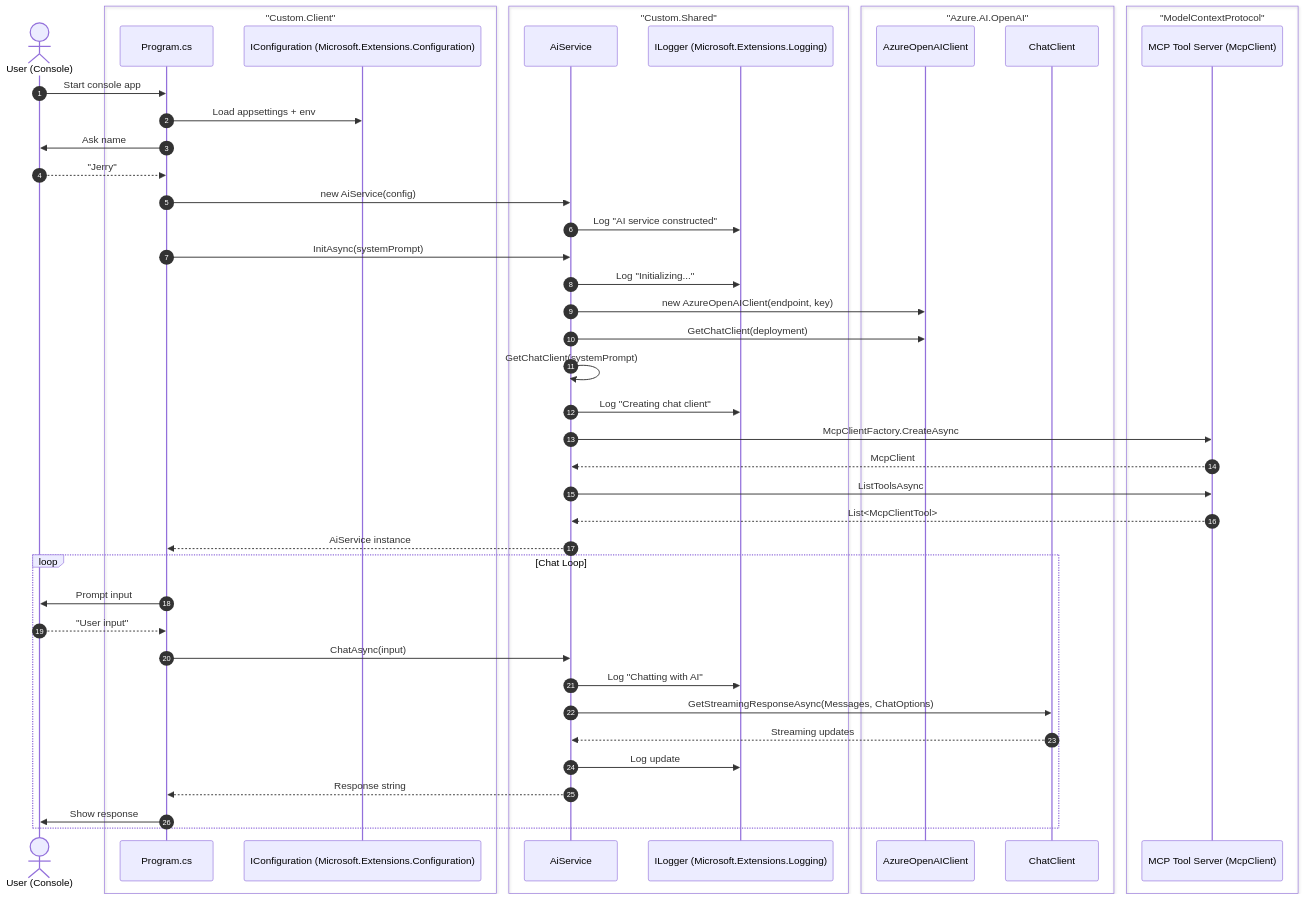
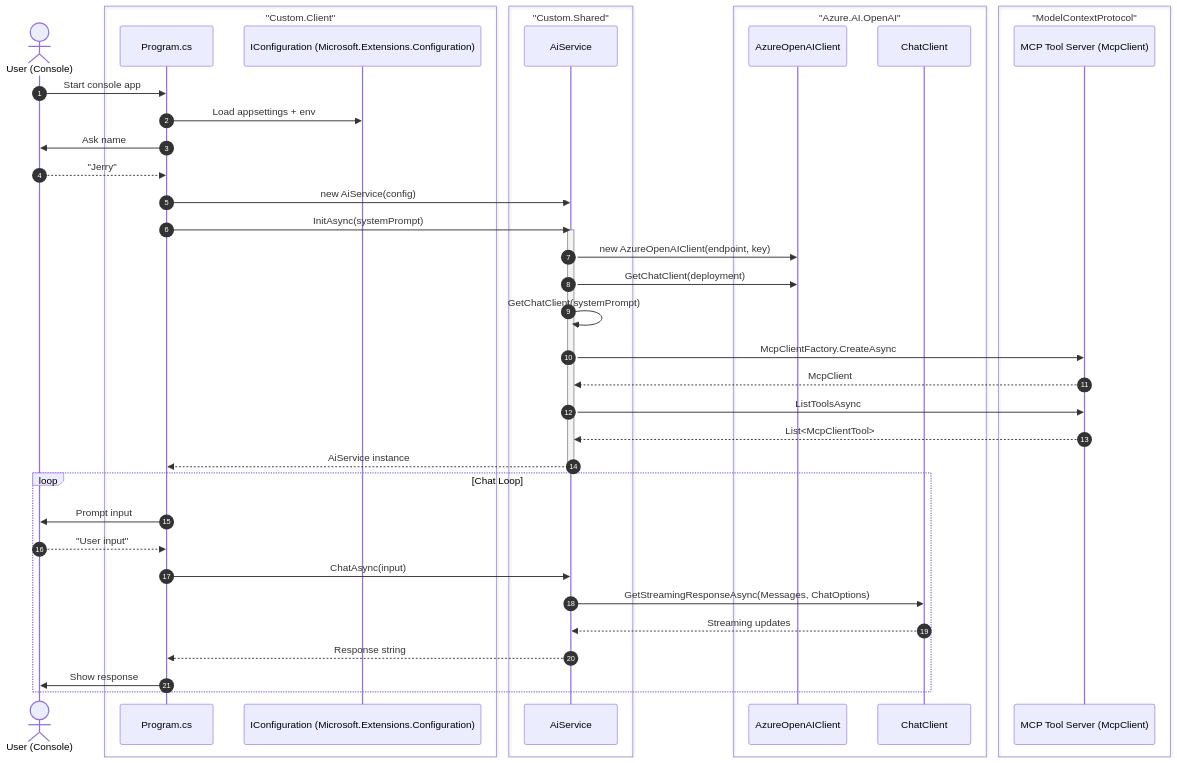
The diagram in README.md (JerryNixon/BUILD-DEMO-DAB-MCP-SQL), drawn with Mermaid before and after one commit.

````diff
--- a/README.md
+++ b/README.md
@@ -5,57 +5,52 @@
 ```mermaid
 sequenceDiagram
     autonumber
     actor U as User (Console)
     
     box "Custom.Client"
         participant Main as Program.cs
         participant Cfg as IConfiguration (Microsoft.Extensions.Configuration)
     end
 
     box "Custom.Shared"
         participant AI as AiService
-        participant Logger as ILogger (Microsoft.Extensions.Logging)
     end
 
     box "Azure.AI.OpenAI"
         participant O as AzureOpenAIClient
         participant Chat as ChatClient
     end
 
     box "ModelContextProtocol"
         participant Tools as MCP Tool Server (McpClient)
     end
 
     U->>Main: Start console app
     Main->>Cfg: Load appsettings + env
     Main->>U: Ask name
     U-->>Main: "Jerry"
 
     Main->>AI: new AiService(config)
-    AI->>Logger: Log "AI service constructed"
 
     Main->>AI: InitAsync(systemPrompt)
-    AI->>Logger: Log "Initializing..."
+    activate AI
     AI->>O: new AzureOpenAIClient(endpoint, key)
     AI->>O: GetChatClient(deployment)
     AI->>AI: GetChatClient(systemPrompt)
-    AI->>Logger: Log "Creating chat client"
     AI->>Tools: McpClientFactory.CreateAsync
     Tools-->>AI: McpClient
     AI->>Tools: ListToolsAsync
     Tools-->>AI: List<McpClientTool>
     AI-->>Main: AiService instance
+    deactivate AI
 
     loop Chat Loop
         Main->>U: Prompt input
         U-->>Main: "User input"
         Main->>AI: ChatAsync(input)
-        AI->>Logger: Log "Chatting with AI"
         AI->>Chat: GetStreamingResponseAsync(Messages, ChatOptions)
         Chat-->>AI: Streaming updates
-        AI->>Logger: Log update
         AI-->>Main: Response string
         Main->>U: Show response
     end
-
 ```
````
